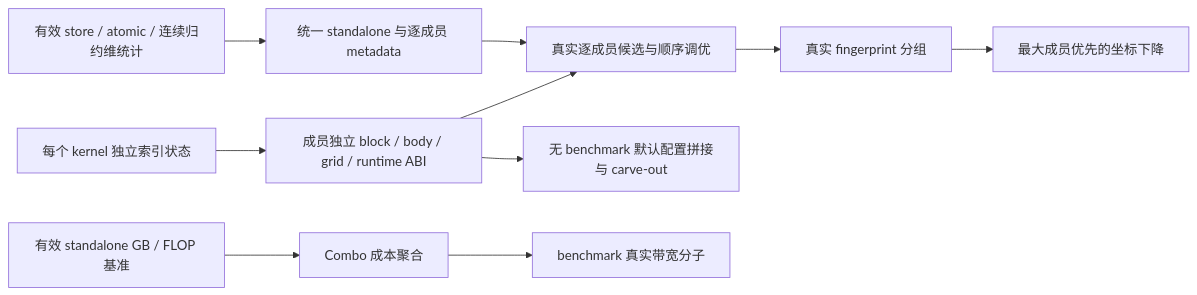
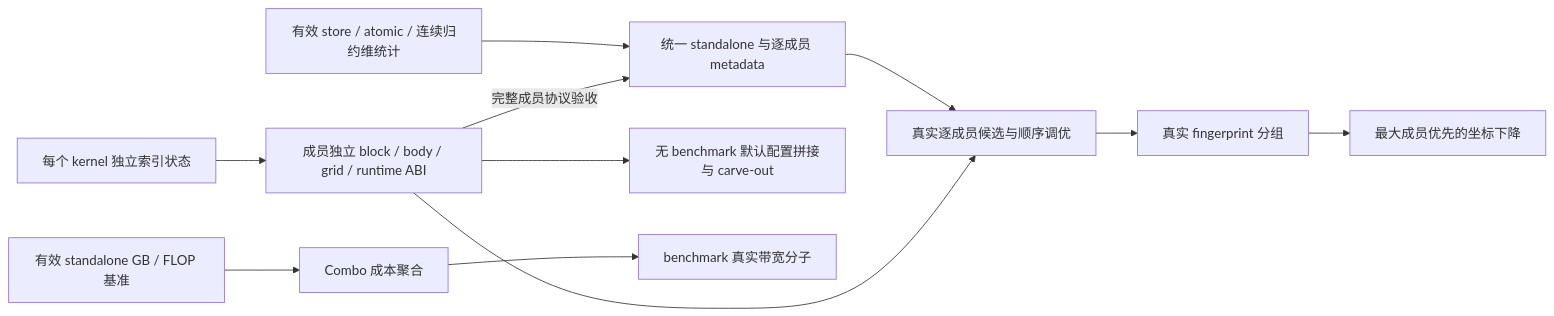
Before and after one commit to limbochao/torch-learn: the diagram in docs/notes/compiler/codegen/inductor-combo-tests-v2.13.md, drawn with Mermaid. The commit also changed other lines of this file and 3 other files, not shown here.

````diff
--- a/docs/notes/compiler/codegen/inductor-combo-tests-v2.13.md
+++ b/docs/notes/compiler/codegen/inductor-combo-tests-v2.13.md
@@ -165,12 +185,13 @@
 ```mermaid
 flowchart LR
     K[每个 kernel 独立索引状态] --> C
     A[有效 store / atomic / 连续归约维统计] --> B[统一 standalone 与逐成员 metadata]
     B --> D[真实逐成员候选与顺序调优]
     C[成员独立 block / body / grid / runtime ABI] --> D
+    C -->|完整成员协议验收| B
     C --> E[无 benchmark 默认配置拼接与 carve-out]
     D --> F[真实 fingerprint 分组]
     F --> G[最大成员优先的坐标下降]
     H[有效 standalone GB / FLOP 基准] --> I[Combo 成本聚合]
     I --> J[benchmark 真实带宽分子]
 ```
````
